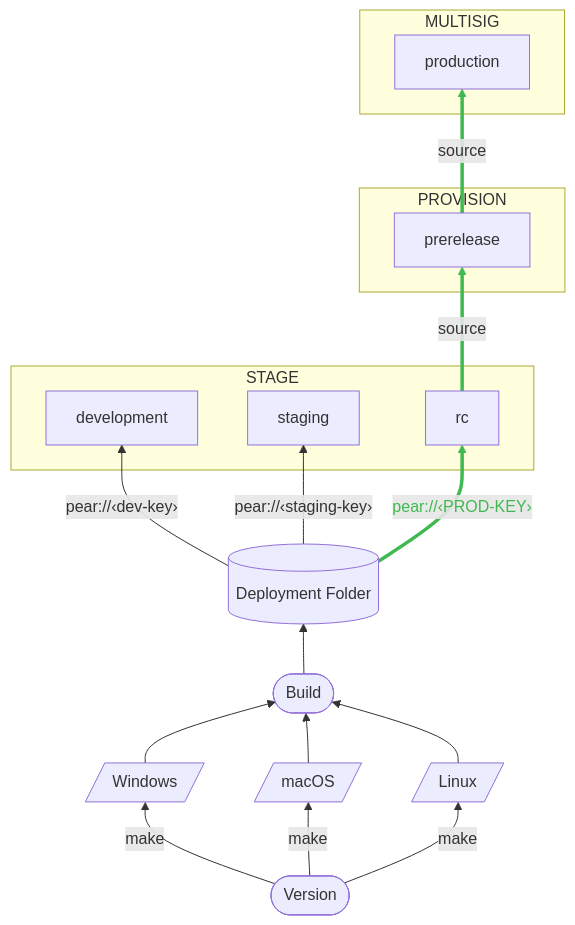
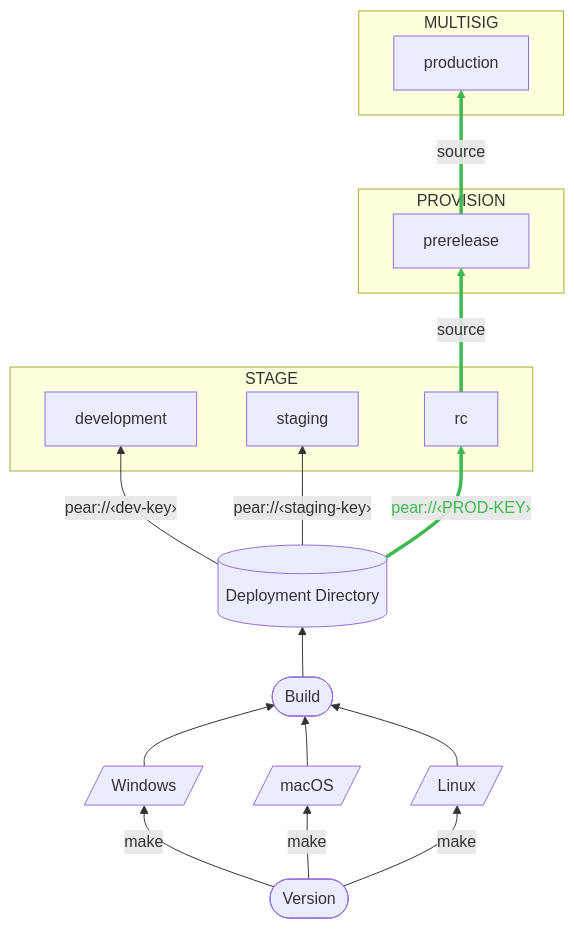
Before and after one commit to holepunchto/hello-pear-electron: the sixth of 9 diagrams in README.md, drawn with Mermaid. The commit also changed other lines of this file, not shown here.

````diff
--- a/README.md
+++ b/README.md
@@ -553,37 +553,37 @@
 ```mermaid
 graph BT
     V([Version]) -->|make| MakeWin[/Windows/]
     V -->|make| MakeMac[/macOS/]
     V -->|make| MakeLinux[/Linux/]
 
     MakeWin --> Build([Build])
     MakeMac --> Build
     MakeLinux --> Build
 
-    Build --> DF[(Deployment Folder)]
+    Build --> DF[(Deployment Directory)]
 
     DF -->|"pear://‹dev-key›"| Dev[development]
     DF -->|"pear://‹staging-key›"| Stg[staging]
     DF ==>|"pear://‹PROD-KEY›"| RC[rc]
 
     subgraph "    STAGE"
         Dev
         Stg
         RC
     end
 
     subgraph PROVISION
         Pre[prerelease]
     end
 
     subgraph MULTISIG
         Prod[production]
     end
 
     RC ==>|source| Pre
     Pre ==>|source| Prod
 
     linkStyle 9 stroke:#3fb950,color:#3fb950
     linkStyle 10 stroke:#3fb950
     linkStyle 11 stroke:#3fb950
 ```
````
